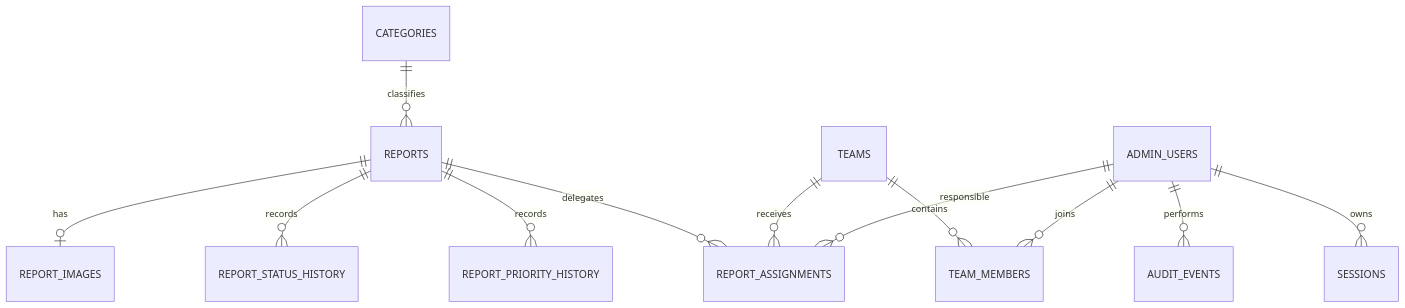
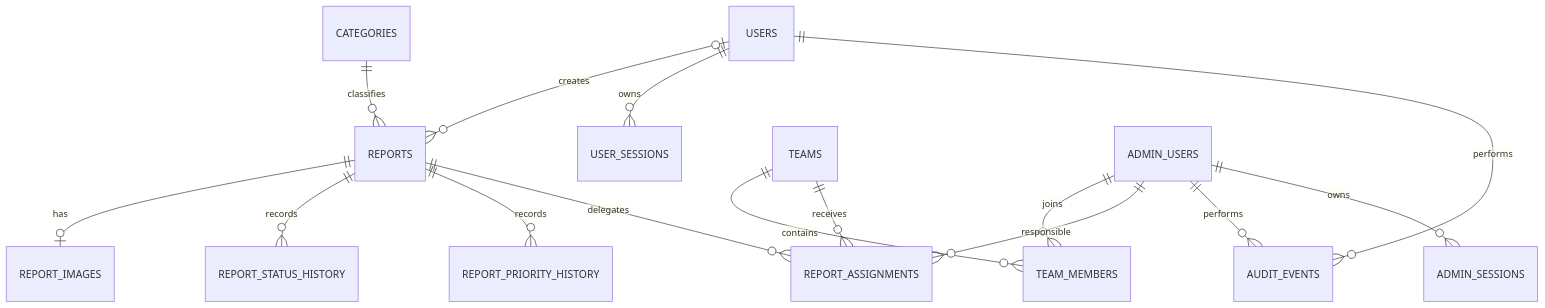
One commit to Jquincal/Mapa-Urbano changed the diagram in docs/12-entidades-bd-ejemplo.md. Above: the diagram before and after it, drawn with Mermaid. The commit also changed other lines of this file and 18 other files, not shown here.

Commit message:
feat(architecture): agregar cuentas opcionales de vecinos

````diff
--- a/docs/12-entidades-bd-ejemplo.md
+++ b/docs/12-entidades-bd-ejemplo.md
@@ -33,14 +35,17 @@
 ```mermaid
 erDiagram
     CATEGORIES ||--o{ REPORTS : classifies
+    USERS o|--o{ REPORTS : creates
+    USERS ||--o{ USER_SESSIONS : owns
     REPORTS ||--o| REPORT_IMAGES : has
     REPORTS ||--o{ REPORT_STATUS_HISTORY : records
     REPORTS ||--o{ REPORT_PRIORITY_HISTORY : records
     REPORTS ||--o{ REPORT_ASSIGNMENTS : delegates
     TEAMS ||--o{ TEAM_MEMBERS : contains
     ADMIN_USERS ||--o{ TEAM_MEMBERS : joins
     TEAMS ||--o{ REPORT_ASSIGNMENTS : receives
     ADMIN_USERS ||--o{ REPORT_ASSIGNMENTS : responsible
     ADMIN_USERS ||--o{ AUDIT_EVENTS : performs
-    ADMIN_USERS ||--o{ SESSIONS : owns
+    USERS ||--o{ AUDIT_EVENTS : performs
+    ADMIN_USERS ||--o{ ADMIN_SESSIONS : owns
 ```
````
